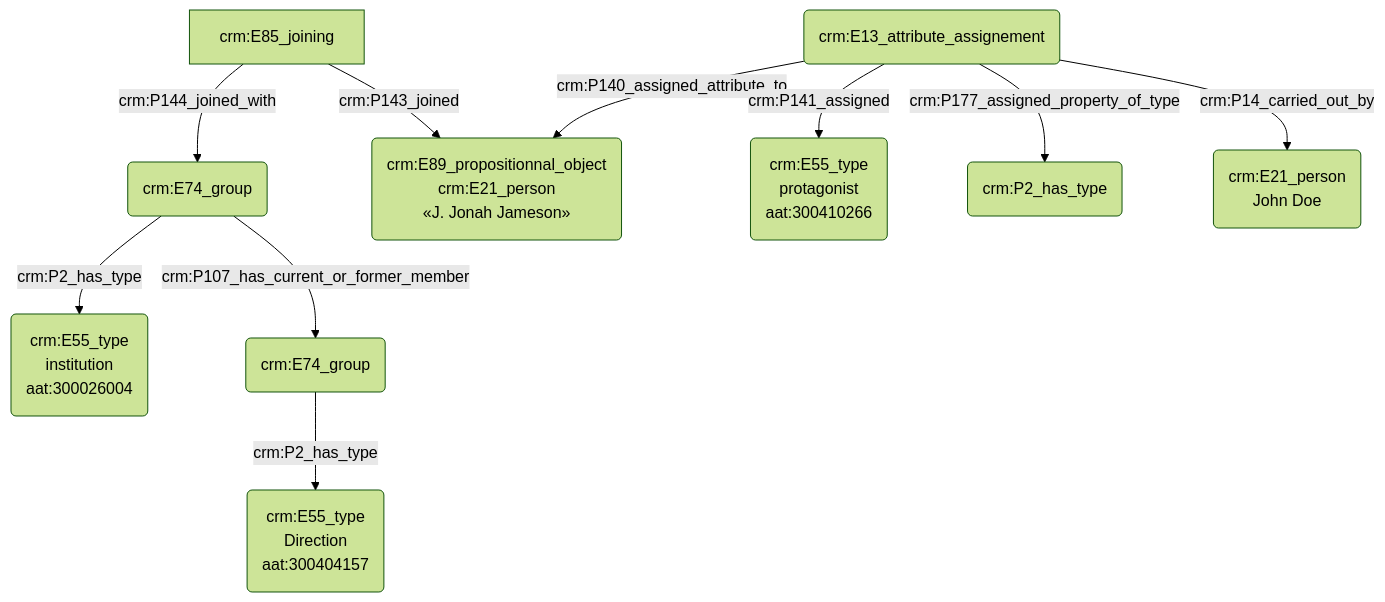
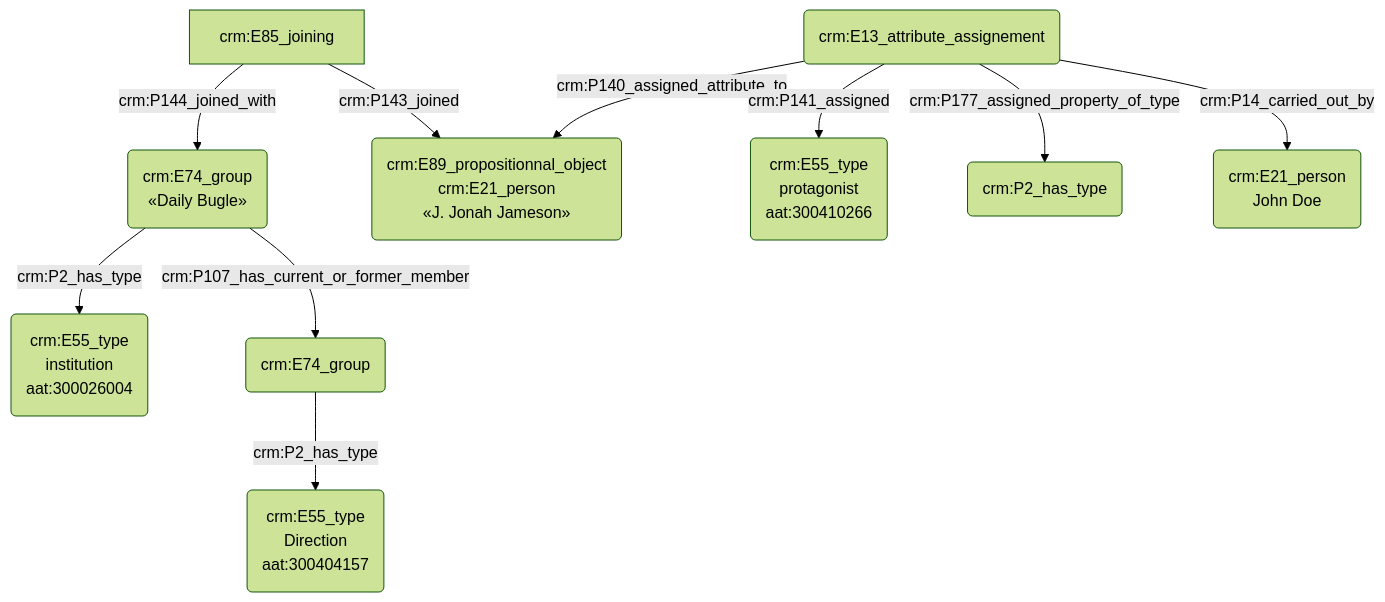
The diagram in modules/livrables/Dossier 2/Indexation conceptuelle/statut et fonction d'une personne fictive.md (Amleth/consortium-musica2-gt2-ontologies), drawn with Mermaid (forest theme) before and after one commit.

Commit message:
Update statut et fonction d'une personne fictive.md

````diff
--- a/modules/livrables/Dossier 2/Indexation conceptuelle/statut et fonction d'une personne fictive.md
+++ b/modules/livrables/Dossier 2/Indexation conceptuelle/statut et fonction d'une personne fictive.md
@@ -13,15 +13,15 @@
 ```mermaid
 graph TD;
 
-M(crm:E74_group) -->|crm:P2_has_type| N(crm:E55_type<br>institution<br>aat:300026004)
-U[crm:E85_joining] --> |crm:P144_joined_with| M(crm:E74_group)
-M(crm:E74_group) --> |crm:P107_has_current_or_former_member| S(crm:E74_group)
+M(crm:E74_group<br>«Daily Bugle») -->|crm:P2_has_type| N(crm:E55_type<br>institution<br>aat:300026004)
+U[crm:E85_joining] --> |crm:P144_joined_with| M(crm:E74_group<br>«Daily Bugle»)
+M(crm:E74_group<br>«Daily Bugle») --> |crm:P107_has_current_or_former_member| S(crm:E74_group)
 S(crm:E74_group) --> |crm:P2_has_type| T(crm:E55_type<br>Direction<br>aat:300404157)
 U[crm:E85_joining] -->|crm:P143_joined| K(crm:E89_propositionnal_object<br>crm:E21_person<br>«J. Jonah Jameson»)
 
 R(crm:E13_attribute_assignement) --> |crm:P140_assigned_attribute_to| K(crm:E89_propositionnal_object<br>crm:E21_person<br>«J. Jonah Jameson»)
 R(crm:E13_attribute_assignement) --> |crm:P141_assigned| C(crm:E55_type<br>protagonist<br>aat:300410266)
 R(crm:E13_attribute_assignement) --> |crm:P177_assigned_property_of_type| V(crm:P2_has_type)
 R(crm:E13_attribute_assignement) --> |crm:P14_carried_out_by| W(crm:E21_person<br>John Doe)
 
 ```
````
